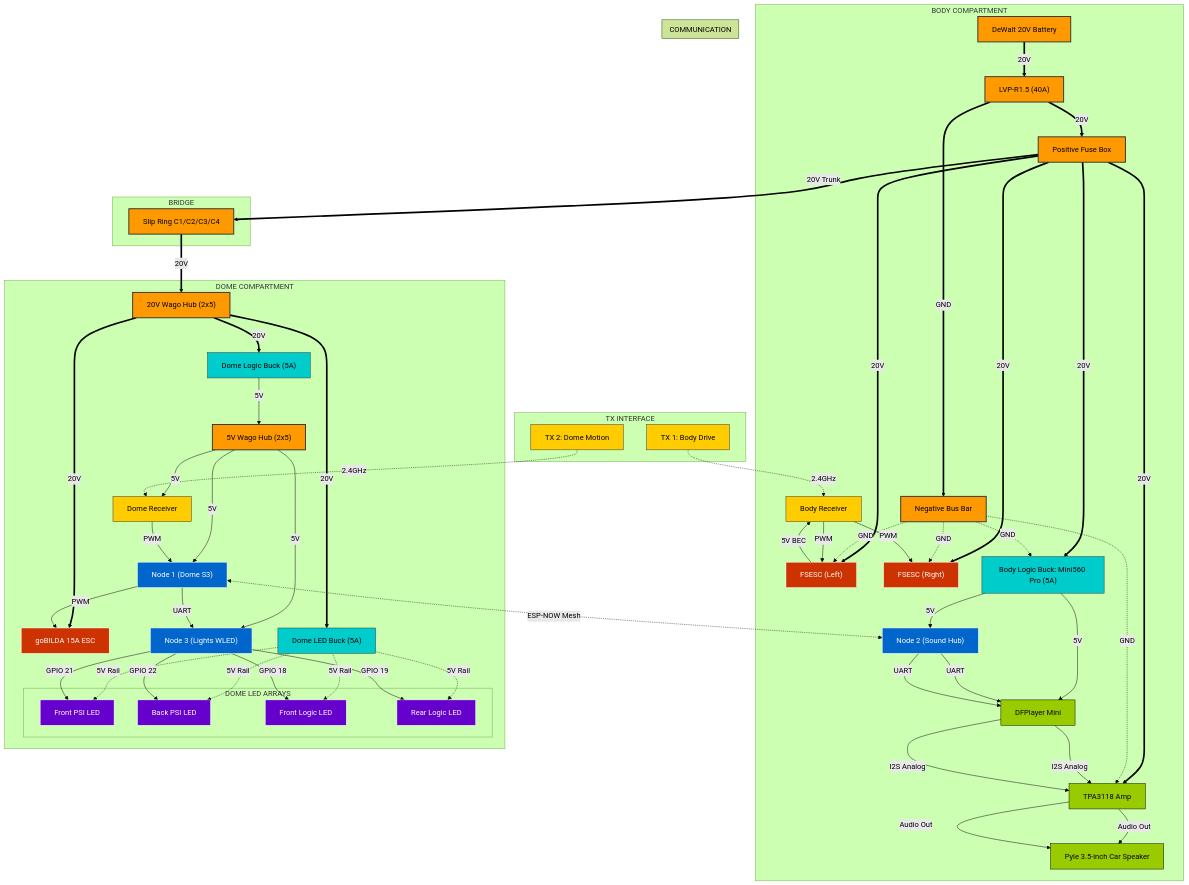
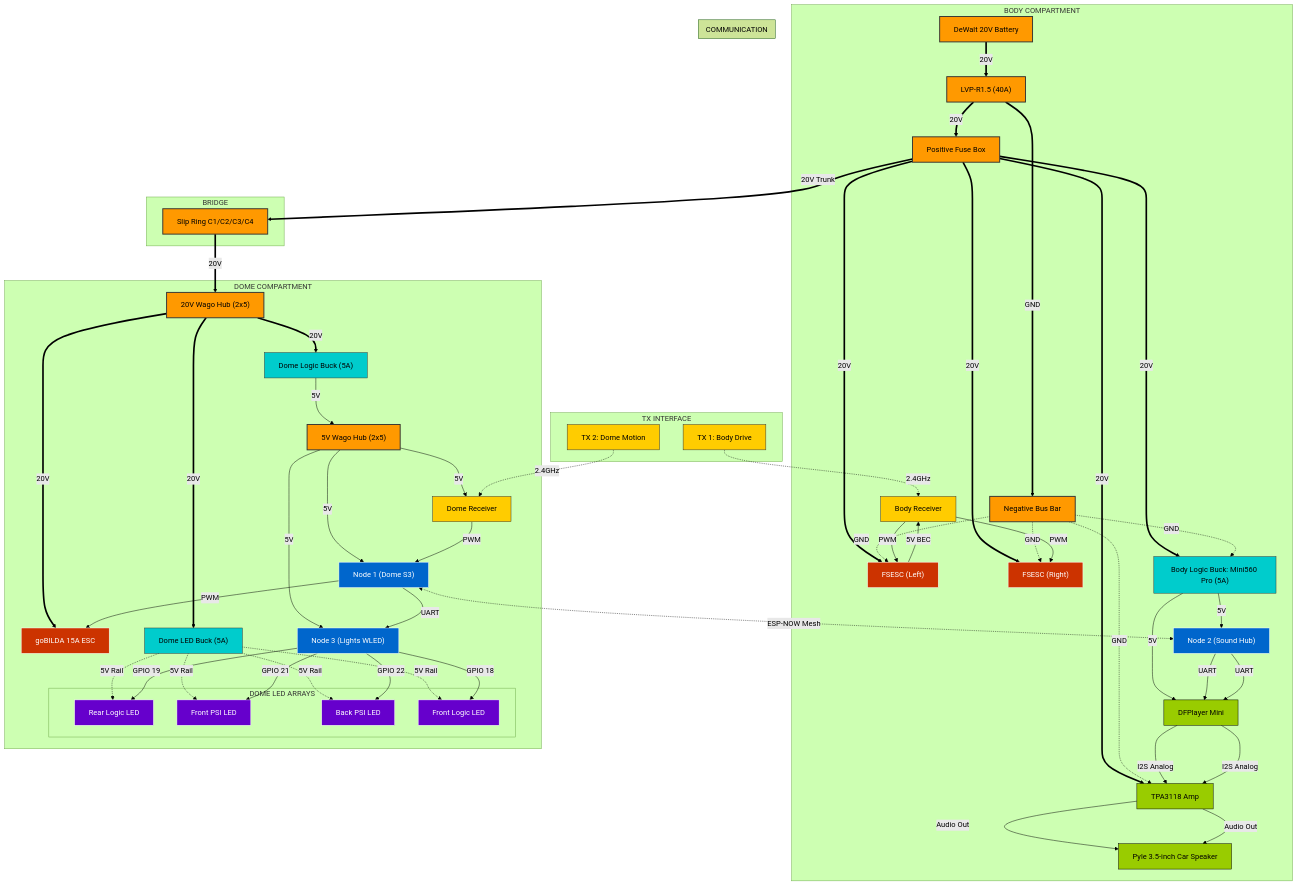
One commit to Ruzzler/Wee2-D2 changed the diagram in docs/architecture/electrical-schematic.md. Above: the diagram before and after it, drawn with Mermaid (forest theme). The commit also changed 1 other file, not shown here.

Commit message:
feat(ui): implement interactive connection glow and harden schematic layout

```diff
--- a/docs/architecture/electrical-schematic.md
+++ b/docs/architecture/electrical-schematic.md
@@ -60,6 +60,11 @@
     DOME_WAGO_5V -->|5V| NODE_1["Node 1 (Dome S3)"]:::brain
     DOME_WAGO_5V -->|5V| NODE_3["Node 3 (Lights WLED)"]:::brain
     DOME_WAGO_5V -->|5V| RC2["Dome Receiver"]:::signal
+
+    %% Ghost Constraints (Push nodes apart to prevent line overlap)
+    DOME_WAGO_20V ~~~ DOME_WAGO_5V
+    NODE_1 ~~~ NODE_3
+    BUCK_LEDS ~~~ B_LOGIC
 
     NODE_1 -->|PWM| DOME_ESC
 
```
